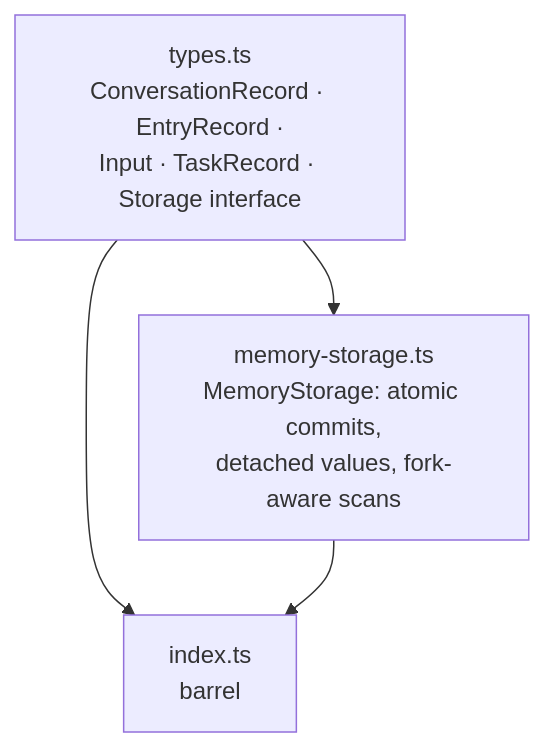
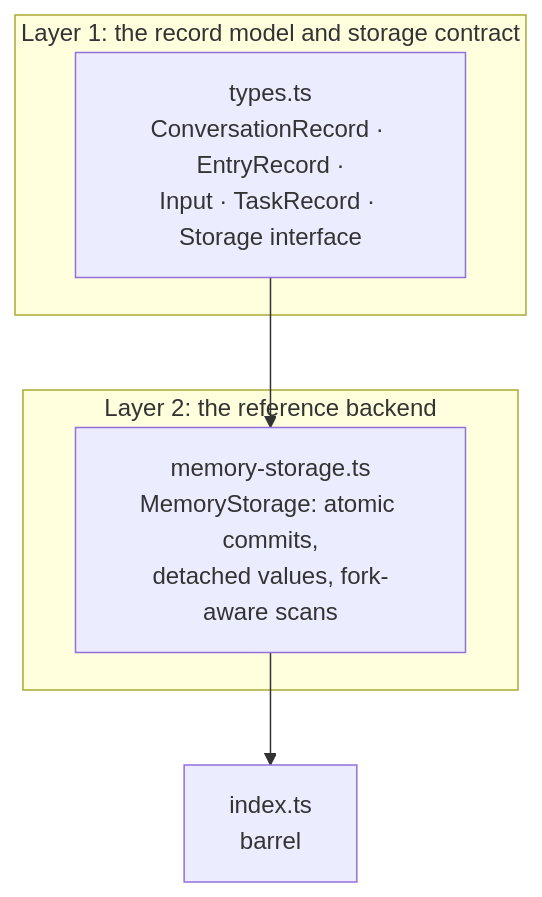
One commit to dgxRL/pi changed the diagram in reduced/durable/doc/src-overview.md. Above: the diagram before and after it, drawn with Mermaid. The commit also changed 25 other files, not shown here.

````diff
--- a/reduced/durable/doc/src-overview.md
+++ b/reduced/durable/doc/src-overview.md
@@ -7,6 +7,13 @@
 ```mermaid
 flowchart TD
-    T["types.ts<br/>ConversationRecord · EntryRecord ·<br/>Input · TaskRecord · Storage interface"] --> MS["memory-storage.ts<br/>MemoryStorage: atomic commits,<br/>detached values, fork-aware scans"]
-    T --> I["index.ts<br/>barrel"]
+    subgraph L1["Layer 1: the record model and storage contract"]
+        T["types.ts<br/>ConversationRecord · EntryRecord ·<br/>Input · TaskRecord · Storage interface"]
+    end
+    subgraph L2["Layer 2: the reference backend"]
+        MS["memory-storage.ts<br/>MemoryStorage: atomic commits,<br/>detached values, fork-aware scans"]
+    end
+    I["index.ts<br/>barrel"]
+
+    T --> MS
     MS --> I
 ```
````
